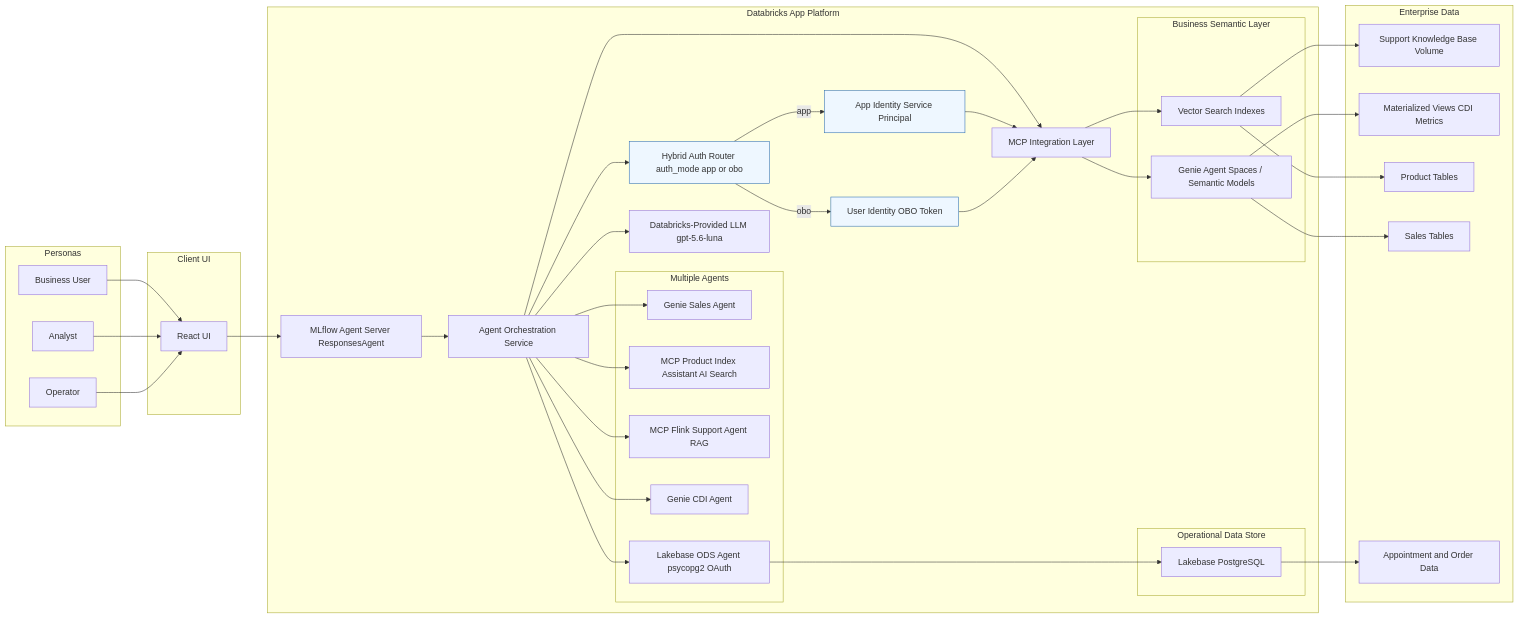
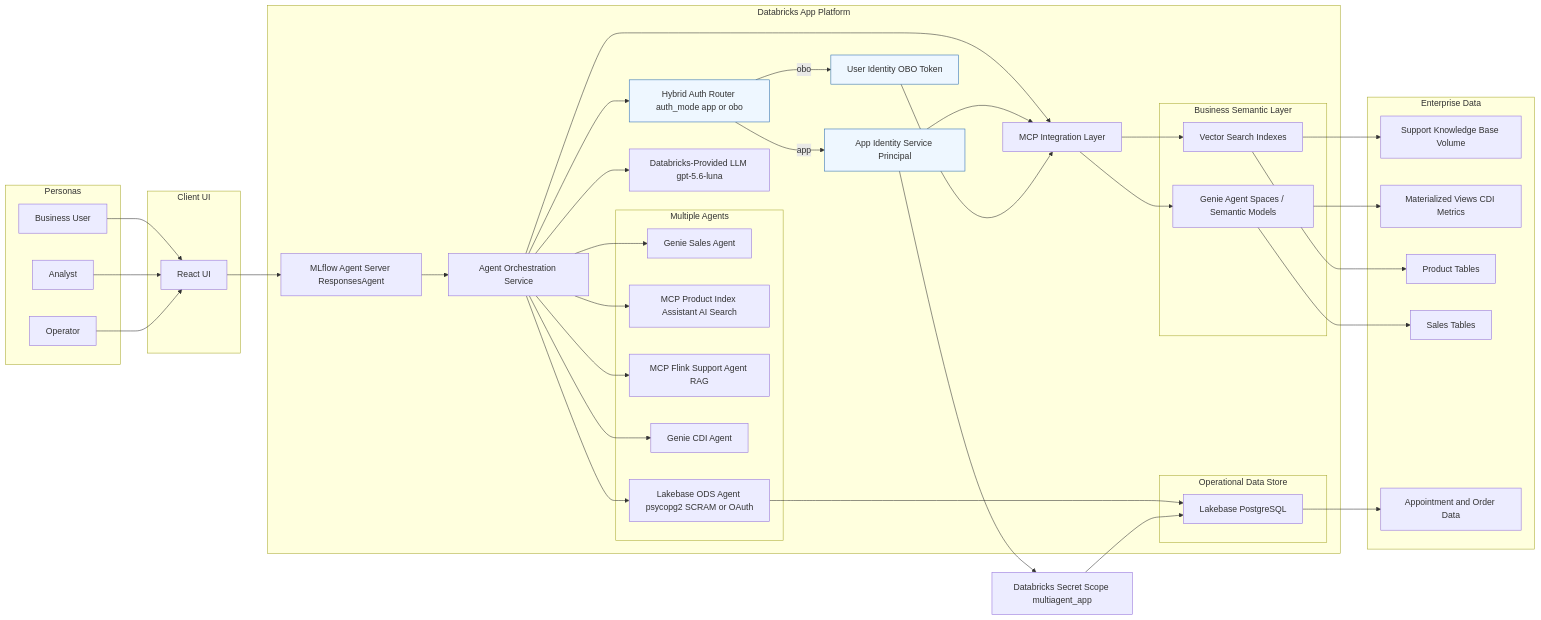
Before and after one commit to wchen-dea/Governed-Multi-Agent-Intelligence-on-Databricks: the first of 2 diagrams in docs/architecture/high-level-architecture.md, drawn with Mermaid. The commit also changed other lines of this file and 33 other files, not shown here.

````diff
--- a/docs/architecture/high-level-architecture.md
+++ b/docs/architecture/high-level-architecture.md
@@ -67,80 +70,82 @@
 ```mermaid
 flowchart LR
     subgraph Personas[Personas]
         P1[Business User]
         P2[Analyst]
         P3[Operator]
     end
 
     subgraph Client[Client UI]
         UI[React UI]
     end
 
     subgraph Platform[Databricks App Platform]
         AS[MLflow Agent Server ResponsesAgent]
         ORCH[Agent Orchestration Service]
         AUTH[Hybrid Auth Router auth_mode app or obo]
         MCP[MCP Integration Layer]
         LLM[Databricks-Provided LLM gpt-5.6-luna]
 
         APPID[App Identity Service Principal]
         OBOID[User Identity OBO Token]
 
         subgraph Agents[Multiple Agents]
             A1[Genie Sales Agent]
             A2[MCP Product Index Assistant AI Search]
             A3[MCP Flink Support Agent RAG]
             A4[Genie CDI Agent]
-            A5[Lakebase ODS Agent psycopg2 OAuth]
+            A5[Lakebase ODS Agent psycopg2 SCRAM or OAuth]
         end
 
         subgraph Semantic[Business Semantic Layer]
             BSL[Genie Agent Spaces / Semantic Models]
             VS[Vector Search Indexes]
         end
 
         subgraph ODS[Operational Data Store]
             LB[Lakebase PostgreSQL]
         end
     end
 
     subgraph Data[Enterprise Data]
         KB[Support Knowledge Base Volume]
         MV[Materialized Views CDI Metrics]
         PT[Product Tables]
         ST[Sales Tables]
         OD[Appointment and Order Data]
     end
 
     P1 --> UI
     P2 --> UI
     P3 --> UI
 
     UI --> AS
     AS --> ORCH
     ORCH --> AUTH
     AUTH -->|app| APPID
     AUTH -->|obo| OBOID
     ORCH --> A1
     ORCH --> A2
     ORCH --> A3
     ORCH --> A4
     ORCH --> A5
 
     ORCH --> LLM
 
     ORCH --> MCP
     APPID --> MCP
     OBOID --> MCP
     MCP --> BSL
     MCP --> VS
     A5 --> LB
+    APPID --> SECRET[Databricks Secret Scope multiagent_app]
+    SECRET --> LB
     BSL --> ST
     BSL --> MV
     VS --> PT
     VS --> KB
     LB --> OD
 
     classDef auth fill:#eef7ff,stroke:#2b6cb0,stroke-width:1px;
     class AUTH,APPID,OBOID auth;
 ```
````
